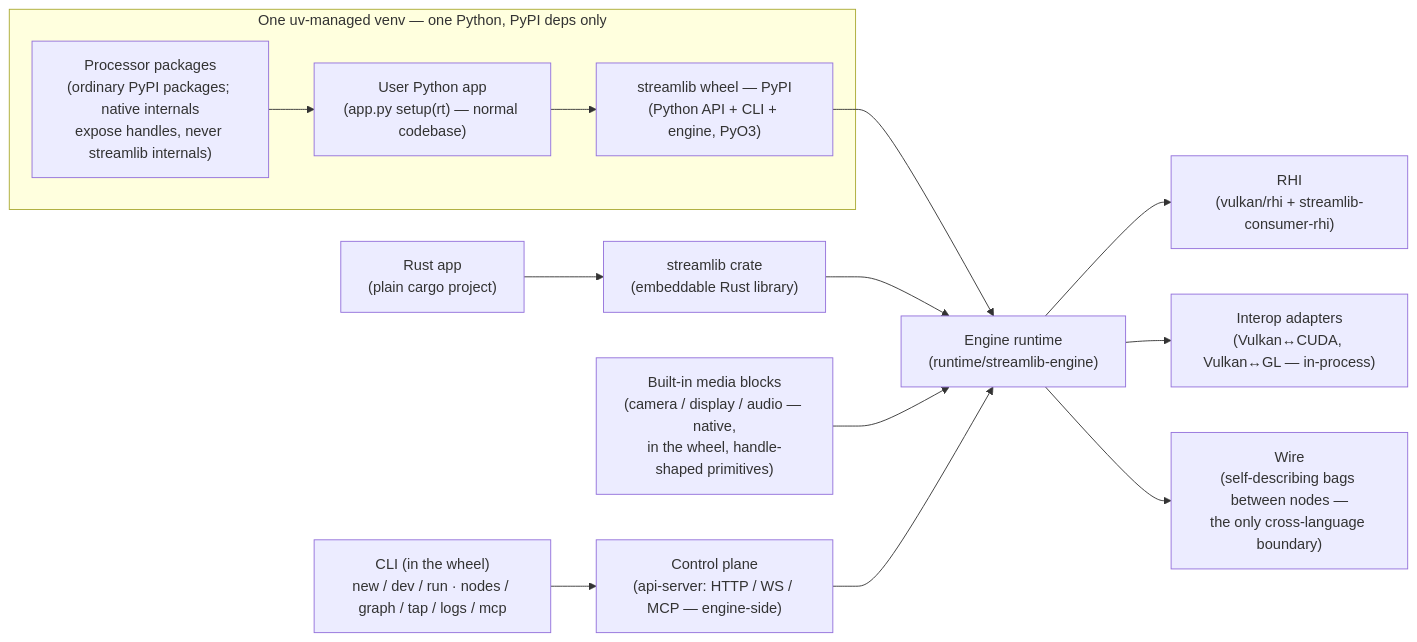
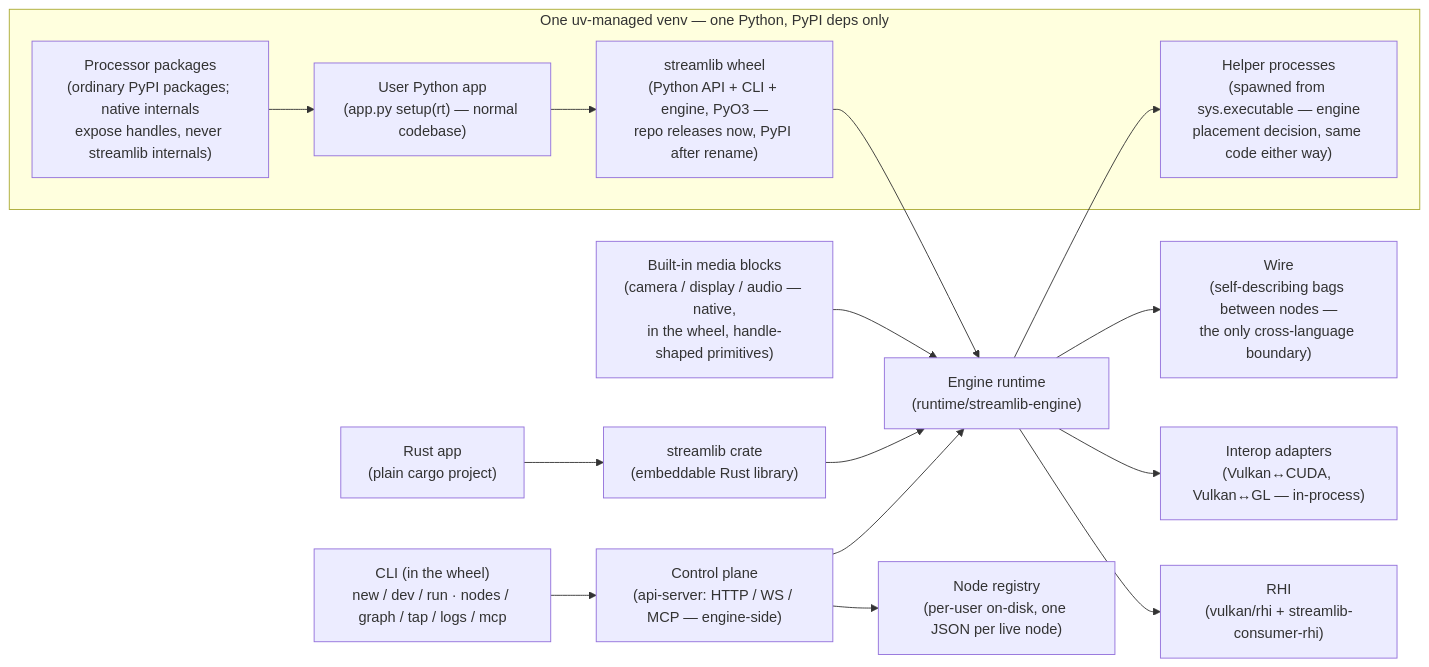
One commit to tatolab/streamlib changed the diagram in docs/plan/diagrams/system.mmd. Above: the diagram before and after it, drawn with Mermaid. The commit also changed 12 other files, not shown here.

```diff
--- a/docs/plan/diagrams/system.mmd
+++ b/docs/plan/diagrams/system.mmd
@@ -1,28 +1,33 @@
 flowchart LR
   subgraph env["One uv-managed venv — one Python, PyPI deps only"]
     app["User Python app\n(app.py setup(rt) — normal codebase)"]
     pkgs["Processor packages\n(ordinary PyPI packages; native internals\nexpose handles, never streamlib internals)"]
-    wheel["streamlib wheel — PyPI\n(Python API + CLI + engine, PyO3)"]
+    wheel["streamlib wheel\n(Python API + CLI + engine, PyO3 —\nrepo releases now, PyPI after rename)"]
+    helper["Helper processes\n(spawned from sys.executable — engine\nplacement decision, same code either way)"]
   end
 
   rustapp["Rust app\n(plain cargo project)"]
   crate["streamlib crate\n(embeddable Rust library)"]
   engine["Engine runtime\n(runtime/streamlib-engine)"]
   media["Built-in media blocks\n(camera / display / audio — native,\nin the wheel, handle-shaped primitives)"]
   rhi["RHI\n(vulkan/rhi + streamlib-consumer-rhi)"]
   interop["Interop adapters\n(Vulkan↔CUDA, Vulkan↔GL — in-process)"]
   ctl["Control plane\n(api-server: HTTP / WS / MCP — engine-side)"]
   cli["CLI (in the wheel)\nnew / dev / run · nodes / graph / tap / logs / mcp"]
   wire["Wire\n(self-describing bags between nodes —\nthe only cross-language boundary)"]
 
+  registry["Node registry\n(per-user on-disk, one JSON per live node)"]
+
   pkgs --> app
   app --> wheel
   wheel --> engine
+  engine --> helper
+  ctl --> registry
   rustapp --> crate
   crate --> engine
   media --> engine
   engine --> rhi
   engine --> interop
   ctl --> engine
   cli --> ctl
   engine --> wire
```
